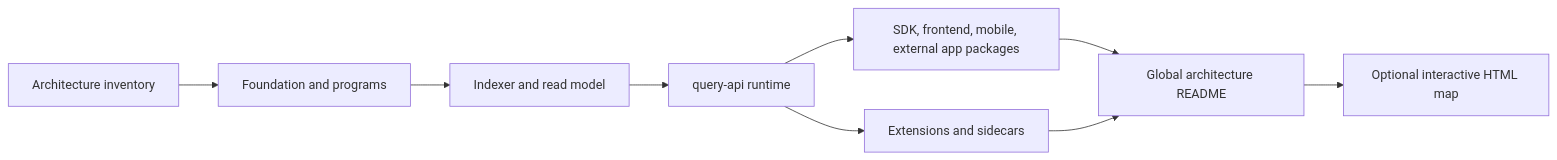
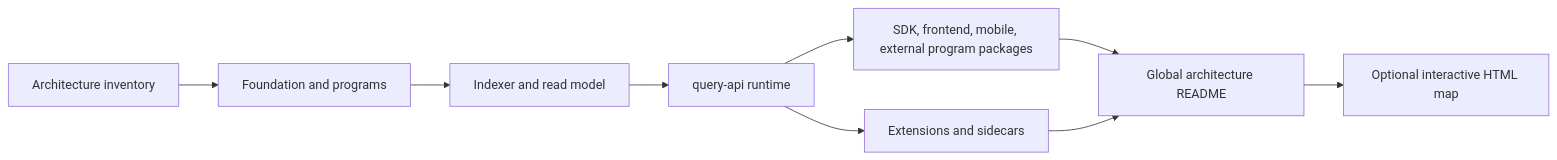
One commit to alcheme-labs/alcheme-protocol changed the first of 2 diagrams in docs/architecture/architecture-inventory.md. Above: the diagram before and after it, drawn with Mermaid. The commit also changed other lines of this file and 18 other files, not shown here.

Commit message:
Document external program integration quickstart

````diff
--- a/docs/architecture/architecture-inventory.md
+++ b/docs/architecture/architecture-inventory.md
@@ -45,11 +45,11 @@
 ```mermaid
 flowchart LR
     inventory["Architecture inventory"] --> contracts["Foundation and programs"]
     contracts --> projection["Indexer and read model"]
     projection --> runtime["query-api runtime"]
-    runtime --> clients["SDK, frontend, mobile, external app packages"]
+    runtime --> clients["SDK, frontend, mobile, external program packages"]
     runtime --> extensions["Extensions and sidecars"]
     clients --> global["Global architecture README"]
     extensions --> global
     global --> html["Optional interactive HTML map"]
 ```
````
